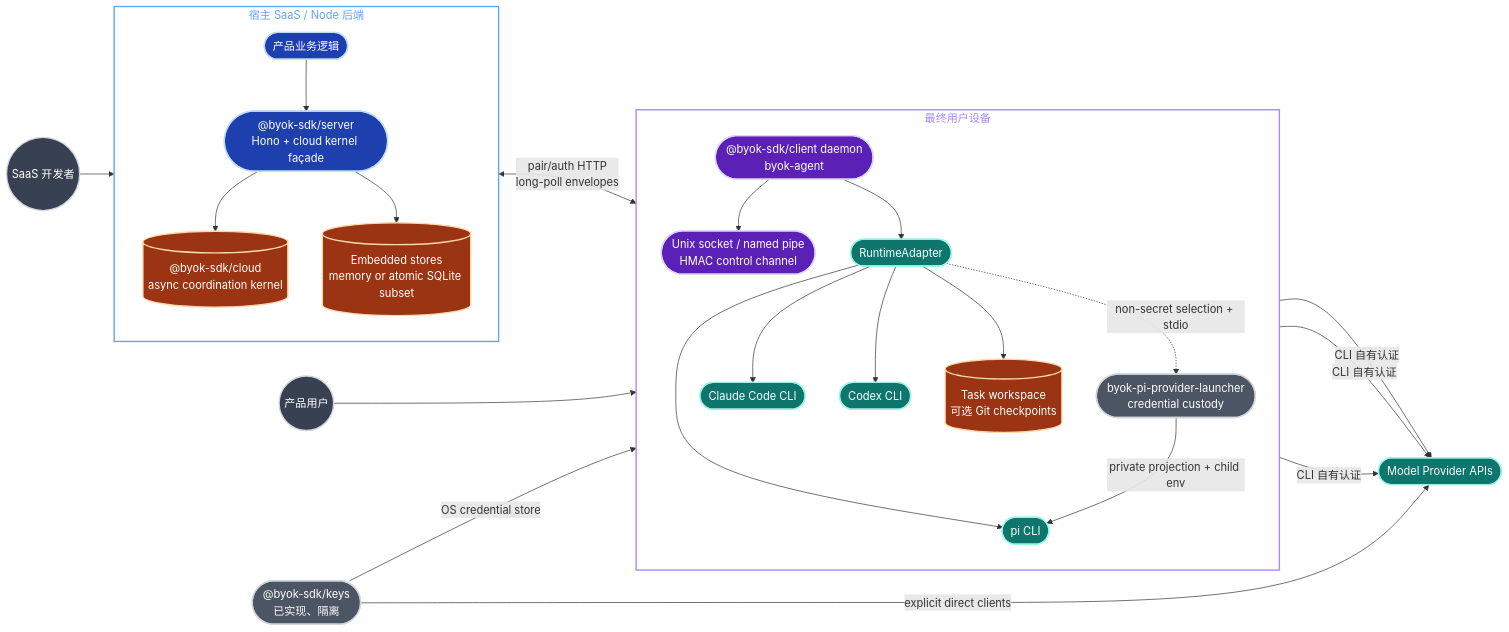
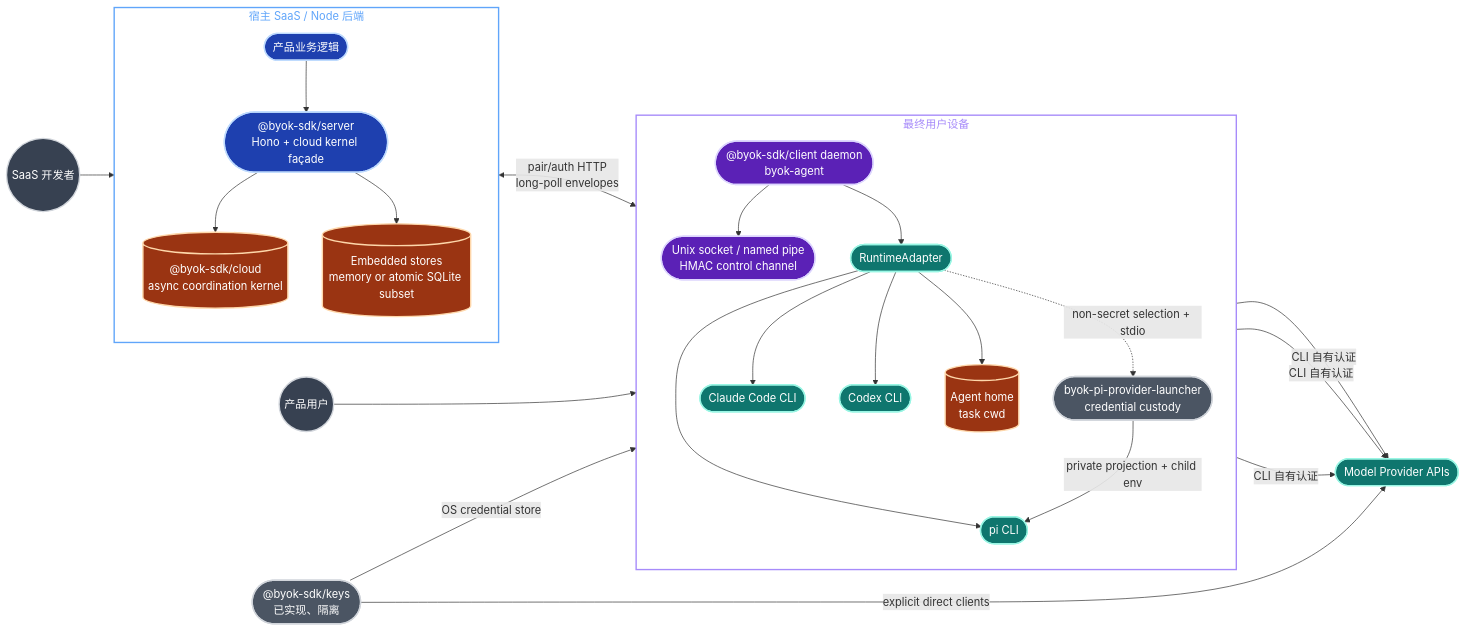
One commit to Ancienttwo/byok-sdk changed the first of 21 diagrams in docs/architecture/sdk-architecture.md. Above: the diagram before and after it, drawn with Mermaid. The commit also changed other lines of this file and 13 other files, not shown here.

Commit message:
docs: describe wire v4 without Git workspace mode and with the confirmed O6 migration (#925)

````diff
--- a/docs/architecture/sdk-architecture.md
+++ b/docs/architecture/sdk-architecture.md
@@ -40,58 +40,58 @@
 ```mermaid
 flowchart LR
   classDef actor fill:#374151,stroke:#d1d5db,stroke-width:2px,color:#fff
   classDef server fill:#1e40af,stroke:#bfdbfe,stroke-width:2px,color:#fff
   classDef client fill:#5b21b6,stroke:#ddd6fe,stroke-width:2px,color:#fff
   classDef runtime fill:#0f766e,stroke:#99f6e4,stroke-width:2px,color:#fff
   classDef store fill:#9a3412,stroke:#fed7aa,stroke-width:2px,color:#fff
   classDef isolated fill:#4b5563,stroke:#d1d5db,stroke-width:2px,color:#fff
 
   Human(("产品用户")):::actor
   Dev(("SaaS 开发者")):::actor
 
   subgraph SaaS["宿主 SaaS / Node 后端"]
     direction TB
     App(["产品业务逻辑"]):::server
     Server(["@byok-sdk/server<br/>Hono + cloud kernel façade"]):::server
     Kernel[("@byok-sdk/cloud<br/>async coordination kernel")]:::store
     Embedded[("Embedded stores<br/>memory or atomic SQLite subset")]:::store
     App --> Server
     Server --> Kernel
     Server --> Embedded
   end
 
   subgraph Device["最终用户设备"]
     direction TB
     Agent(["@byok-sdk/client daemon<br/>byok-agent"]):::client
     IPC(["Unix socket / named pipe<br/>HMAC control channel"]):::client
     Runtime(["RuntimeAdapter"]):::runtime
     Pi(["pi CLI"]):::runtime
     PiLauncher(["byok-pi-provider-launcher<br/>credential custody"]):::isolated
     Claude(["Claude Code CLI"]):::runtime
     Codex(["Codex CLI"]):::runtime
-    Workspace[("Task workspace<br/>可选 Git checkpoints")]:::store
+    Workspace[("Agent home<br/>task cwd")]:::store
     Agent --> IPC
     Agent --> Runtime
     Runtime --> Pi
     Runtime -.->|"non-secret selection + stdio"| PiLauncher
     PiLauncher -->|"private projection + child env"| Pi
     Runtime --> Claude
     Runtime --> Codex
     Runtime --> Workspace
   end
 
   Provider(["Model Provider APIs"]):::runtime
   Keys(["@byok-sdk/keys<br/>已实现、隔离"]):::isolated
 
   Dev --> App
   Human --> Agent
   Server <-->|"pair/auth HTTP<br/>long-poll envelopes"| Agent
   Pi -->|"CLI 自有认证"| Provider
   Claude -->|"CLI 自有认证"| Provider
   Codex -->|"CLI 自有认证"| Provider
   Keys -->|"OS credential store"| PiLauncher
   Keys -->|"explicit direct clients"| Provider
 
   style SaaS fill:none,stroke:#60a5fa,stroke-width:2px,color:#60a5fa
   style Device fill:none,stroke:#a78bfa,stroke-width:2px,color:#a78bfa
 ```
````
